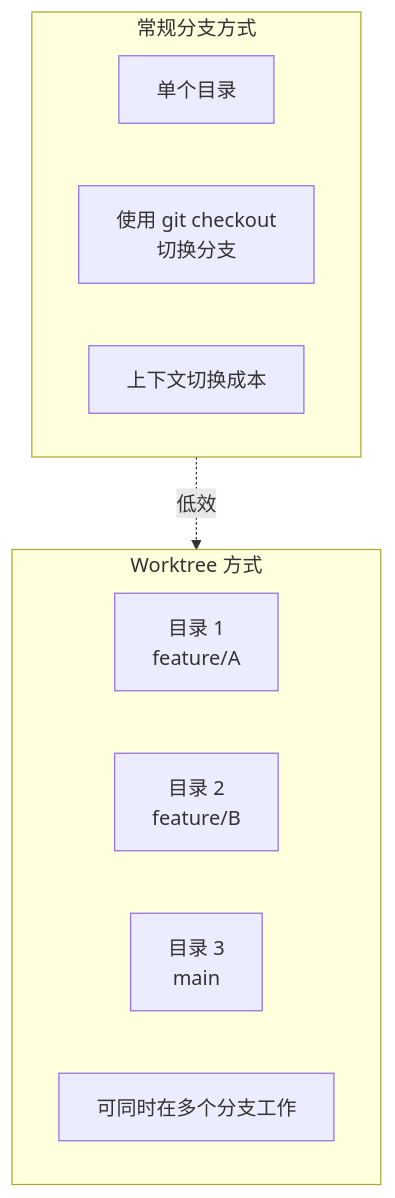
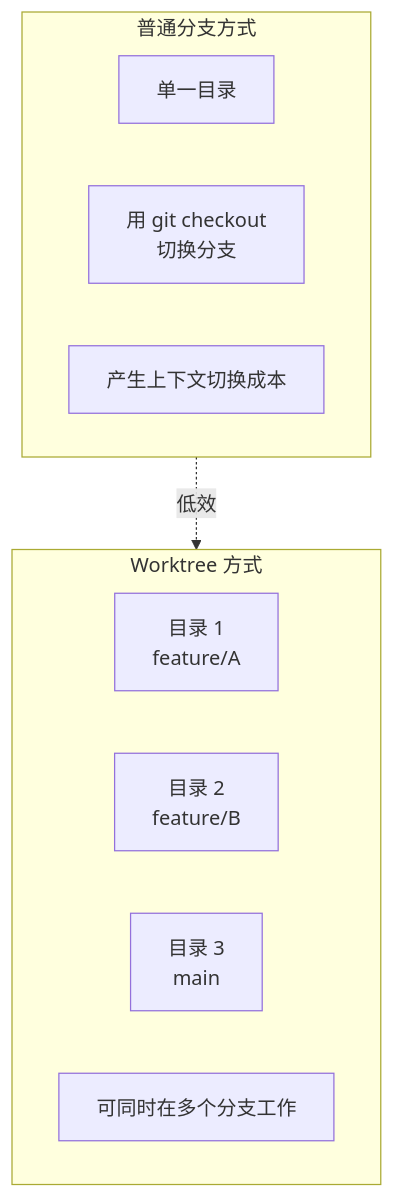
Before and after one commit to modu-ai/moai-adk: the first of 9 diagrams in docs-site/content/zh/worktree/faq.md, drawn with Mermaid. The commit also changed other lines of this file and 395 other files, not shown here.

````diff
--- a/docs-site/content/zh/worktree/faq.md
+++ b/docs-site/content/zh/worktree/faq.md
@@ -25,17 +25,17 @@
 ```mermaid
-flowchart TD
-    subgraph Traditional["常规分支方式"]
-        T1[单个目录]
-        T2[使用 git checkout<br/>切换分支]
-        T3[上下文切换成本]
+graph TB
+    subgraph Traditional["普通分支方式"]
+        T1[单一目录]
+        T2[用 git checkout<br/>切换分支]
+        T3[产生上下文切换成本]
     end
 
     subgraph Worktree["Worktree 方式"]
         W1[目录 1<br/>feature/A]
         W2[目录 2<br/>feature/B]
         W3[目录 3<br/>main]
         W4[可同时在多个分支工作]
     end
 
     Traditional -.->|低效| Worktree
 ```
````
